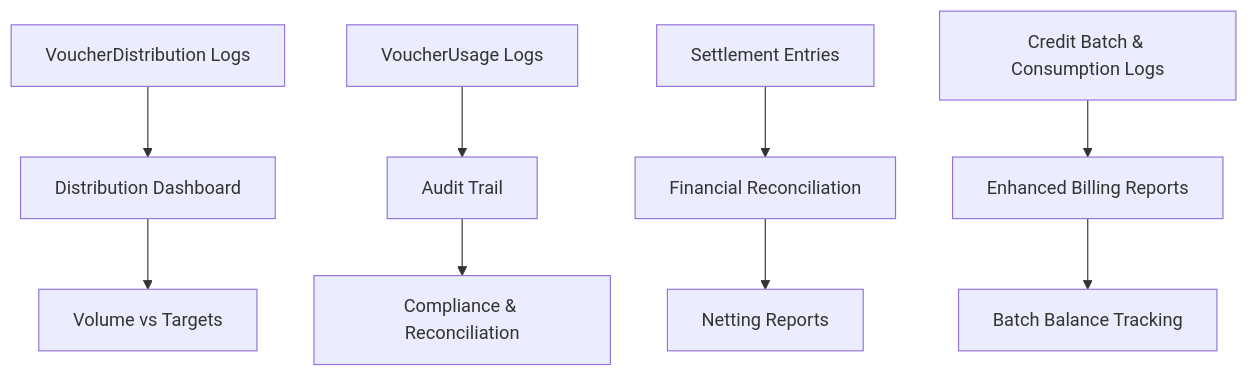
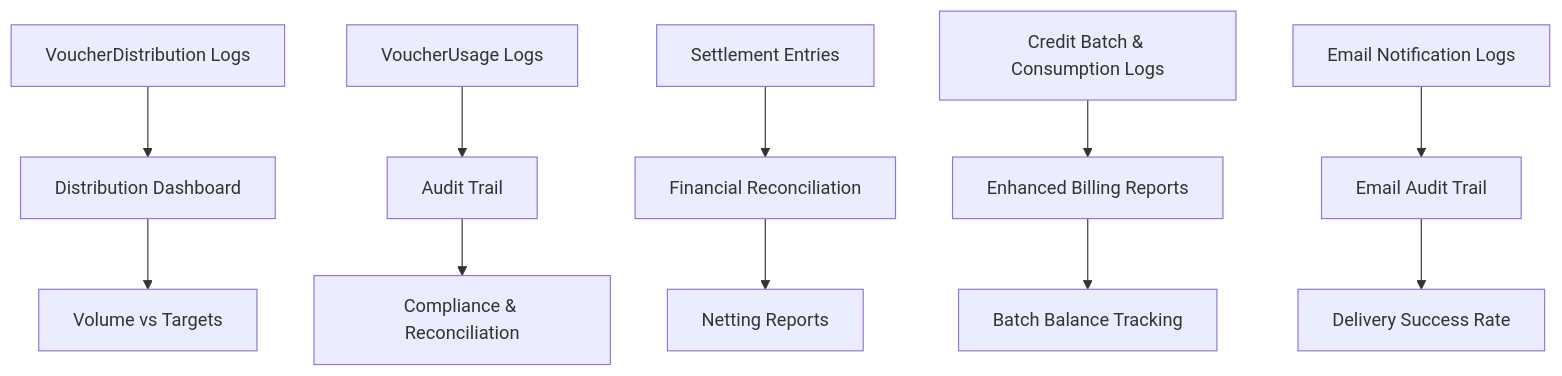
One commit to lamhongbac/NonCash changed the seventh of 23 diagrams in .qoder/repowiki/en/content/Business Logic and Workflows/Business Logic and Workflows.md. Above: the diagram before and after it, drawn with Mermaid. The commit also changed other lines of this file and 36 other files, not shown here.

````diff
--- a/.qoder/repowiki/en/content/Business Logic and Workflows/Business Logic and Workflows.md
+++ b/.qoder/repowiki/en/content/Business Logic and Workflows/Business Logic and Workflows.md
@@ -388,11 +346,13 @@
 ```mermaid
 flowchart TD
 DistLogs["VoucherDistribution Logs"] --> Dash["Distribution Dashboard"]
 UsageLogs["VoucherUsage Logs"] --> Audit["Audit Trail"]
 SettlementLogs["Settlement Entries"] --> Financial["Financial Reconciliation"]
 CreditLogs["Credit Batch & Consumption Logs"] --> Billing["Enhanced Billing Reports"]
+EmailLogs["Email Notification Logs"] --> EmailAudit["Email Audit Trail"]
 Dash --> Metrics["Volume vs Targets"]
 Audit --> Compliance["Compliance & Reconciliation"]
 Financial --> Netting["Netting Reports"]
 Billing --> Balance["Batch Balance Tracking"]
+EmailAudit --> Delivery["Delivery Success Rate"]
 ```
````
